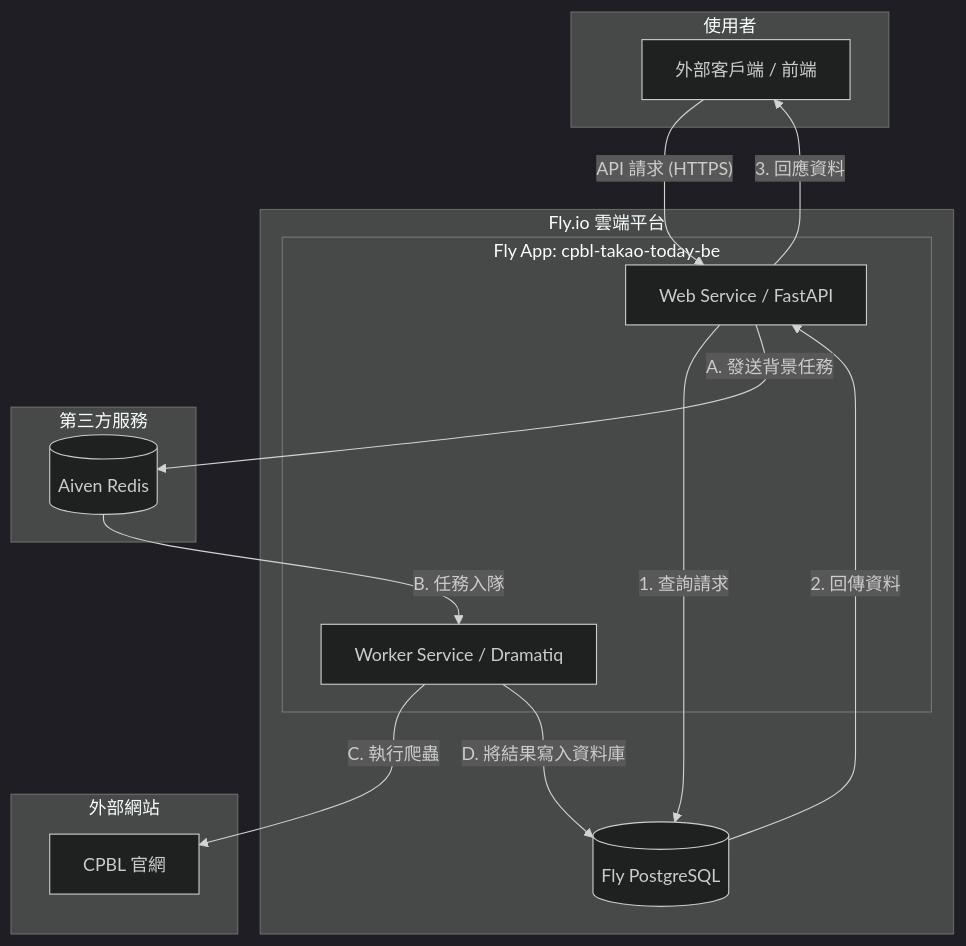
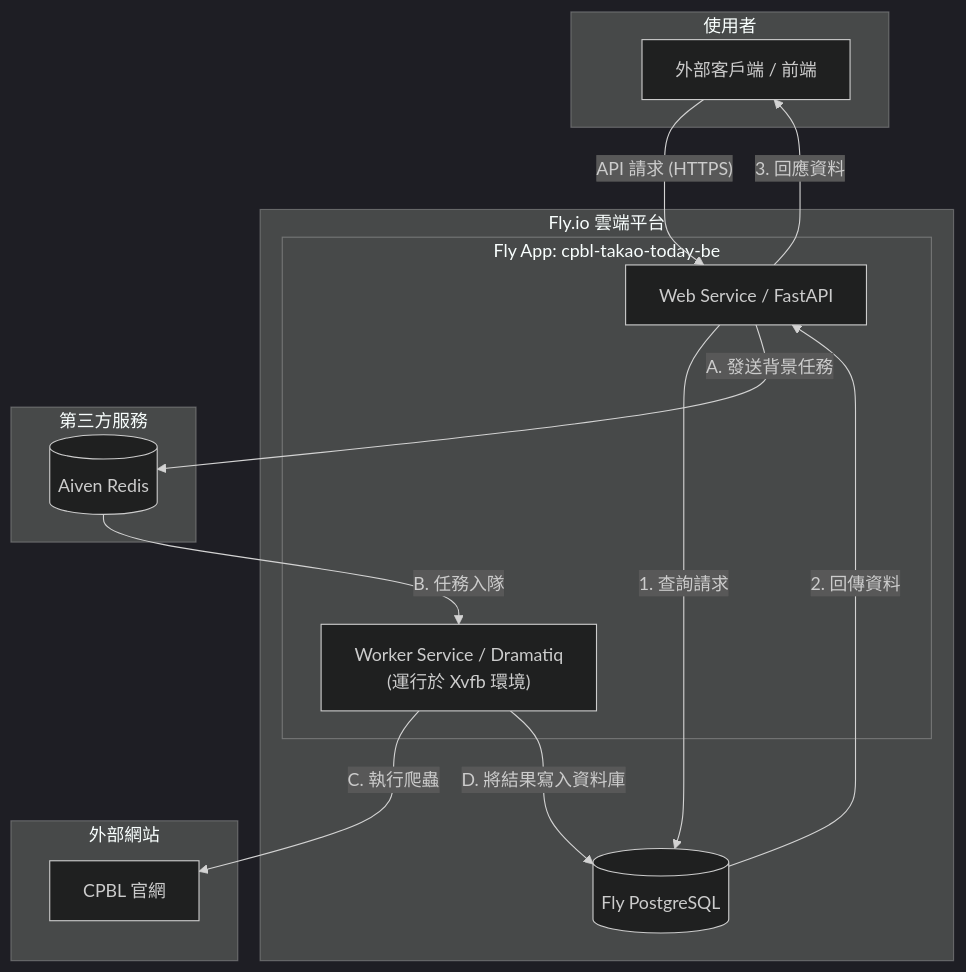
The diagram in readme.md (s22shadowl/cpbl_takao_today_BE), drawn with Mermaid (dark theme) before and after one commit. The commit also changed other lines of this file and 1 other file, not shown here.

````diff
--- a/readme.md
+++ b/readme.md
@@ -32,32 +47,32 @@
 ```mermaid
 graph TD
     subgraph "使用者"
         Client[外部客戶端 / 前端]
     end
 
     subgraph "Fly.io 雲端平台"
         subgraph "Fly App: cpbl-takao-today-be"
             Web[Web Service / FastAPI]
-            Worker[Worker Service / Dramatiq]
+            Worker["Worker Service / Dramatiq<br/>(運行於 Xvfb 環境)"]
         end
         DB[(Fly PostgreSQL)]
     end
 
     subgraph "第三方服務"
         Broker[(Aiven Redis)]
     end
 
     subgraph "外部網站"
         CPBL[CPBL 官網]
     end
 
     Client -- "API 請求 (HTTPS)" --> Web
     Web -- "1. 查詢請求" --> DB
     DB -- "2. 回傳資料" --> Web
     Web -- "3. 回應資料" --> Client
 
     Web -- "A. 發送背景任務" --> Broker
     Broker -- "B. 任務入隊" --> Worker
     Worker -- "C. 執行爬蟲" --> CPBL
     Worker -- "D. 將結果寫入資料庫" --> DB
 ```
````
